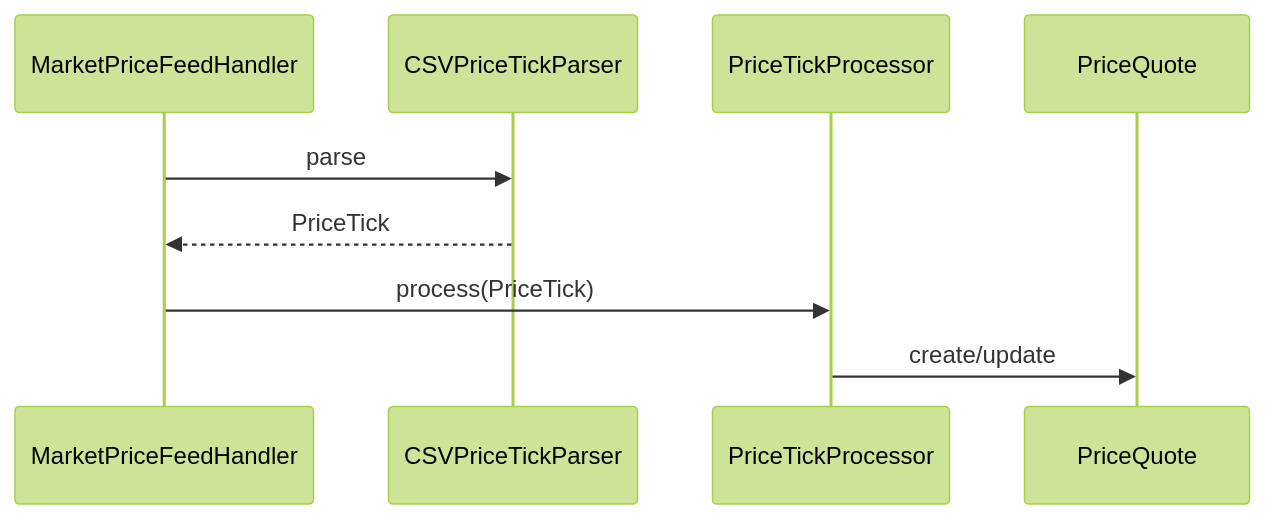
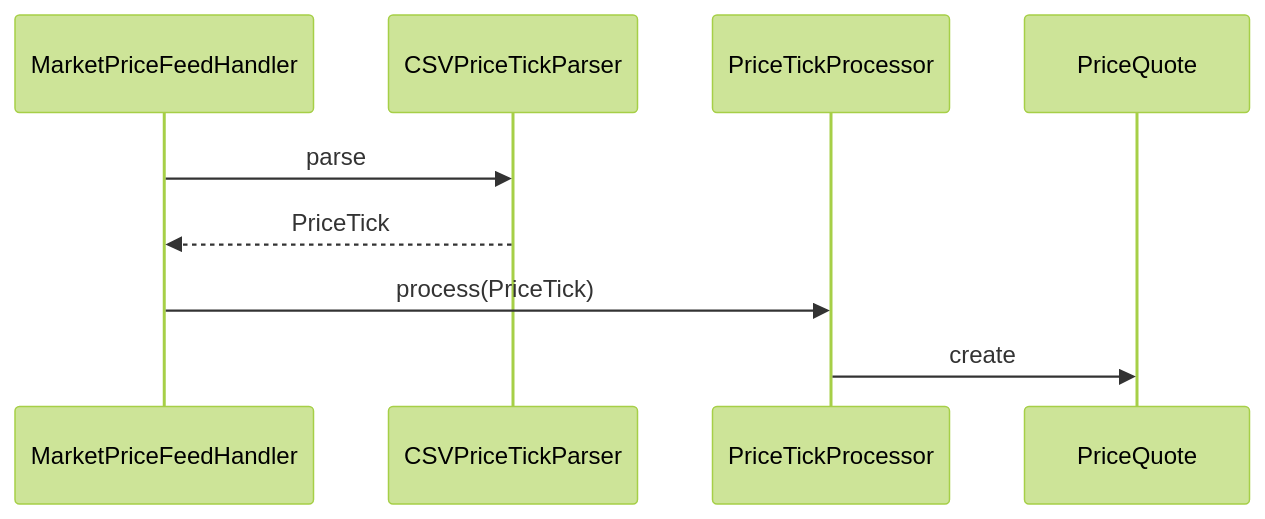
One commit to amitdawle/marketpricehandler changed the first of 2 diagrams in README.md. Above: the diagram before and after it, drawn with Mermaid (forest theme). The commit also changed other lines of this file and 7 other files, not shown here.

````diff
--- a/README.md
+++ b/README.md
@@ -29,7 +29,7 @@
 ```mermaid
   sequenceDiagram
     MarketPriceFeedHandler ->> CSVPriceTickParser: parse
     CSVPriceTickParser -->> MarketPriceFeedHandler : PriceTick
     MarketPriceFeedHandler ->> PriceTickProcessor: process(PriceTick)
-    PriceTickProcessor ->> PriceQuote :  create/update
+    PriceTickProcessor ->> PriceQuote :  create
 ```
````
